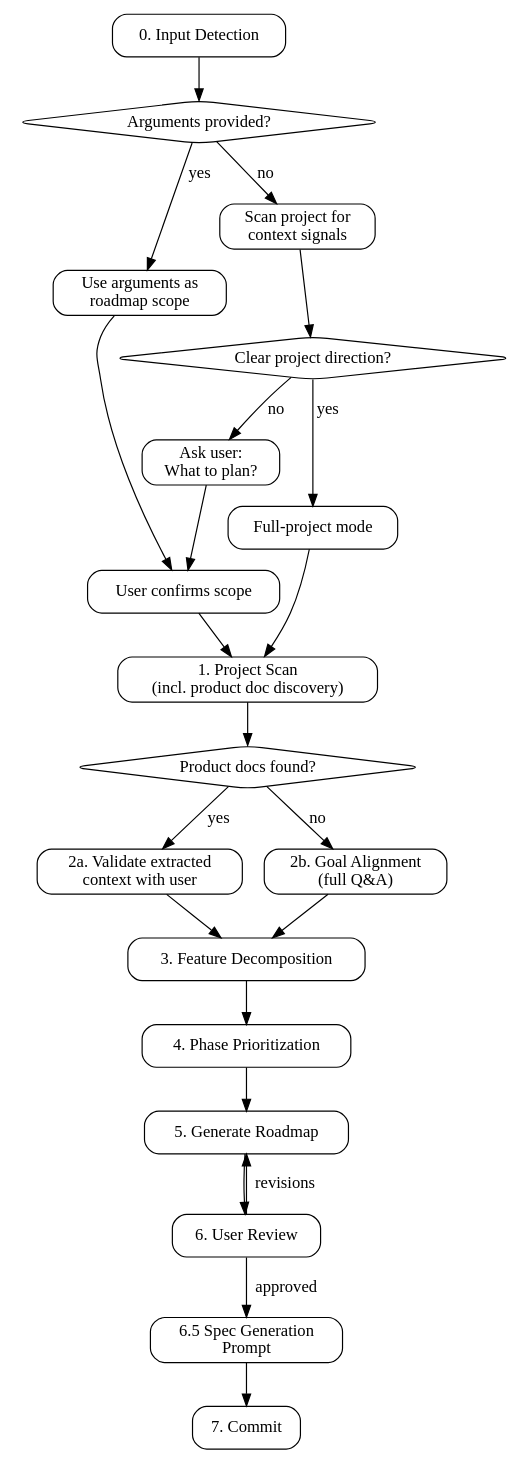
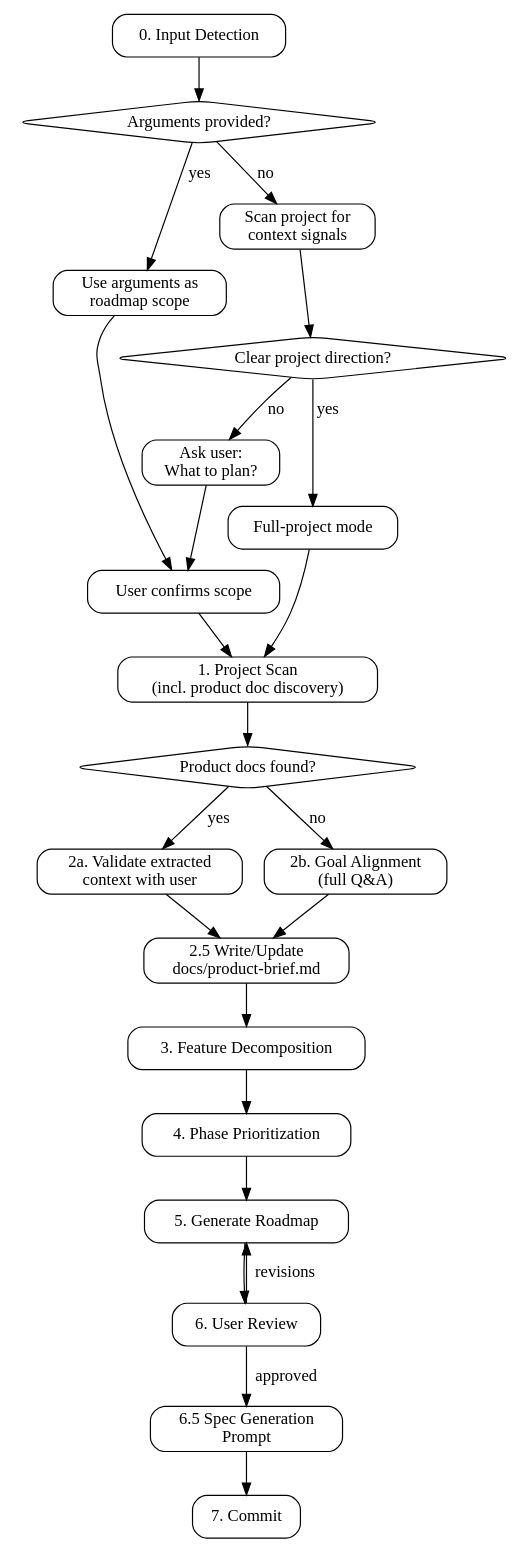
Before and after one commit to litecore-ai/ddd-coding-skills: the diagram in skills/ddd-roadmap/SKILL.md, drawn with Graphviz. The commit also changed other lines of this file and 8 other files, not shown here.

First line of the commit message:
refactor!: merge ddd-brief into ddd-roadmap (skills 8 -> 7)

````diff
--- a/skills/ddd-roadmap/SKILL.md
+++ b/skills/ddd-roadmap/SKILL.md
@@ -37,45 +39,47 @@
 ```dot
 digraph roadmap_flow {
   rankdir=TB;
   node [shape=box, style=rounded];
 
   input [label="0. Input Detection"];
   has_args [label="Arguments provided?" shape=diamond];
   use_scope [label="Use arguments as\nroadmap scope"];
   detect_project [label="Scan project for\ncontext signals"];
   has_context [label="Clear project direction?" shape=diamond];
   full_project [label="Full-project mode"];
   ask_user [label="Ask user:\nWhat to plan?"];
   confirm [label="User confirms scope"];
   scan [label="1. Project Scan\n(incl. product doc discovery)"];
   has_docs [label="Product docs found?" shape=diamond];
   align_validate [label="2a. Validate extracted\ncontext with user"];
   align_ask [label="2b. Goal Alignment\n(full Q&A)"];
+  brief [label="2.5 Write/Update\ndocs/product-brief.md"];
   decompose [label="3. Feature Decomposition"];
   prioritize [label="4. Phase Prioritization"];
   generate [label="5. Generate Roadmap"];
   review [label="6. User Review"];
   commit [label="7. Commit"];
 
   input -> has_args;
   has_args -> use_scope [label="yes"];
   has_args -> detect_project [label="no"];
   detect_project -> has_context;
   has_context -> full_project [label="yes"];
   has_context -> ask_user [label="no"];
   use_scope -> confirm;
   full_project -> scan;
   ask_user -> confirm;
   confirm -> scan;
   scan -> has_docs;
   has_docs -> align_validate [label="yes"];
   has_docs -> align_ask [label="no"];
-  align_validate -> decompose;
-  align_ask -> decompose;
+  align_validate -> brief;
+  align_ask -> brief;
+  brief -> decompose;
   decompose -> prioritize -> generate -> review;
   review -> generate [label="revisions"];
   review -> spec_prompt [label="approved"];
   spec_prompt [label="6.5 Spec Generation\nPrompt"];
   spec_prompt -> commit;
 }
 ```
````
